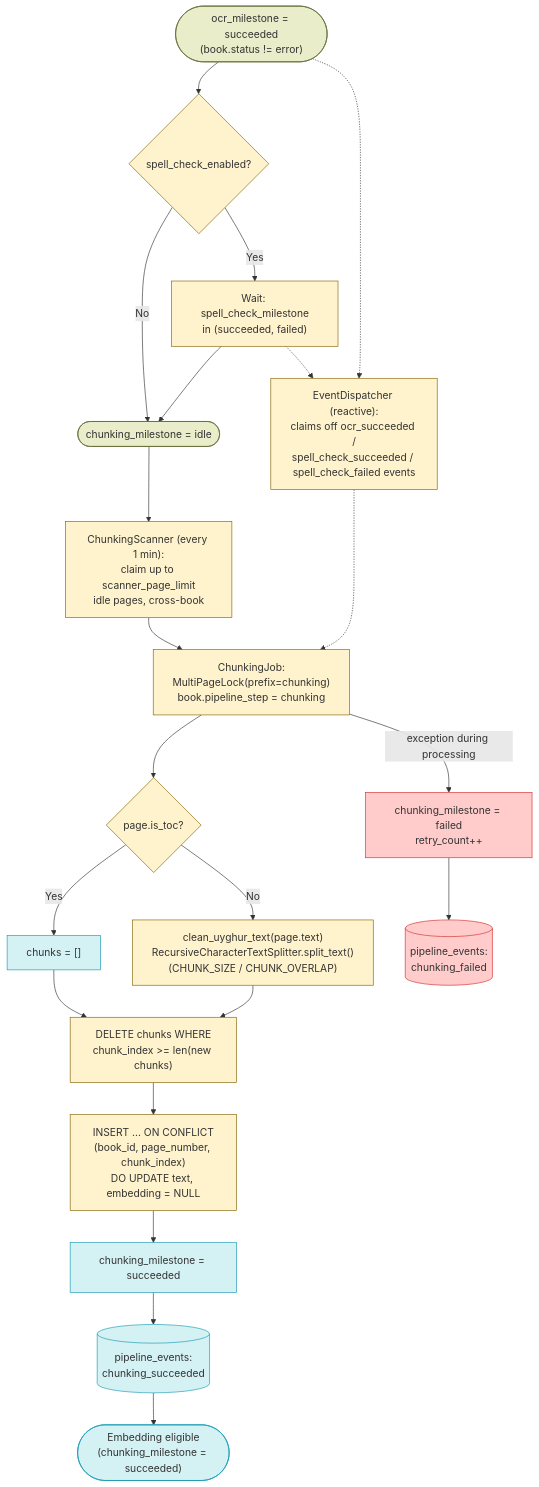
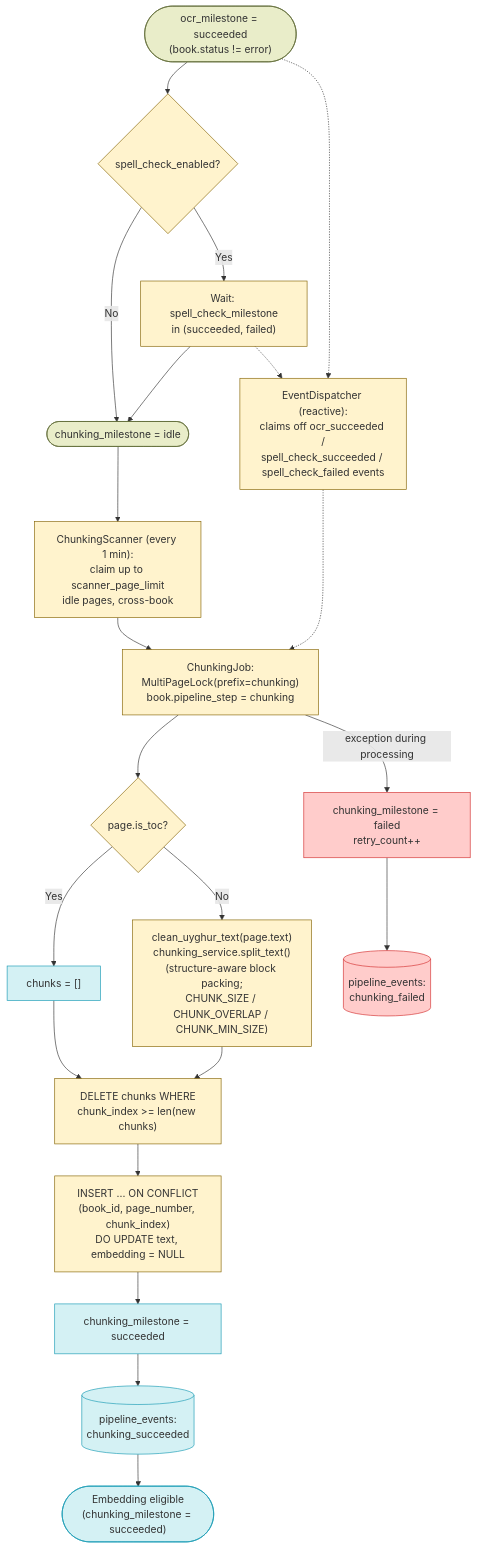
One commit to Kitabim-AI/kitabim-ai changed the first of 2 diagrams in docs/main/CHUNKING_DESIGN.md. Above: the diagram before and after it, drawn with Mermaid. The commit also changed other lines of this file and 20 other files, not shown here.

````diff
--- a/docs/main/CHUNKING_DESIGN.md
+++ b/docs/main/CHUNKING_DESIGN.md
@@ -70,43 +69,43 @@
 ```mermaid
 flowchart TD
     OCR_OK(["ocr_milestone = succeeded<br/>(book.status != error)"])
     SPELL_GATE{"spell_check_enabled?"}
     SPELL_WAIT["Wait: spell_check_milestone<br/>in (succeeded, failed)"]
     CHUNK_IDLE(["chunking_milestone = idle"])
     POLL["ChunkingScanner (every 1 min):<br/>claim up to scanner_page_limit<br/>idle pages, cross-book"]
     REACT["EventDispatcher (reactive):<br/>claims off ocr_succeeded /<br/>spell_check_succeeded / spell_check_failed events"]
     LOCK["ChunkingJob:<br/>MultiPageLock(prefix=chunking)<br/>book.pipeline_step = chunking"]
     TOC{"page.is_toc?"}
     ZERO["chunks = []"]
-    SPLIT["clean_uyghur_text(page.text)<br/>RecursiveCharacterTextSplitter.split_text()<br/>(CHUNK_SIZE / CHUNK_OVERLAP)"]
+    SPLIT["clean_uyghur_text(page.text)<br/>chunking_service.split_text()<br/>(structure-aware block packing;<br/>CHUNK_SIZE / CHUNK_OVERLAP / CHUNK_MIN_SIZE)"]
     SHRINK["DELETE chunks WHERE<br/>chunk_index >= len(new chunks)"]
     UPSERT["INSERT ... ON CONFLICT<br/>(book_id, page_number, chunk_index)<br/>DO UPDATE text, embedding = NULL"]
     OK["chunking_milestone = succeeded"]
     EVENT[("pipeline_events:<br/>chunking_succeeded")]
     FAIL["chunking_milestone = failed<br/>retry_count++"]
     FEVENT[("pipeline_events:<br/>chunking_failed")]
     NEXT(["Embedding eligible<br/>(chunking_milestone = succeeded)"])
 
     OCR_OK --> SPELL_GATE
     SPELL_GATE -- No --> CHUNK_IDLE
     SPELL_GATE -- Yes --> SPELL_WAIT --> CHUNK_IDLE
     CHUNK_IDLE --> POLL --> LOCK
     OCR_OK -.-> REACT
     SPELL_WAIT -.-> REACT
     REACT -.-> LOCK
     LOCK --> TOC
     TOC -- Yes --> ZERO --> SHRINK
     TOC -- No --> SPLIT --> SHRINK
     SHRINK --> UPSERT --> OK --> EVENT --> NEXT
     LOCK -->|exception during processing| FAIL --> FEVENT
 
     classDef idle fill:#e9edc9,stroke:#606c38
     classDef active fill:#fff3cd,stroke:#856404
     classDef done fill:#d4f1f4,stroke:#189ab4
     classDef fail fill:#ffcccb,stroke:#d32f2f
 
     class OCR_OK,CHUNK_IDLE idle
     class SPELL_GATE,SPELL_WAIT,POLL,REACT,LOCK,TOC,SPLIT,SHRINK,UPSERT active
     class ZERO,OK,EVENT,NEXT done
     class FAIL,FEVENT fail
 ```
````
